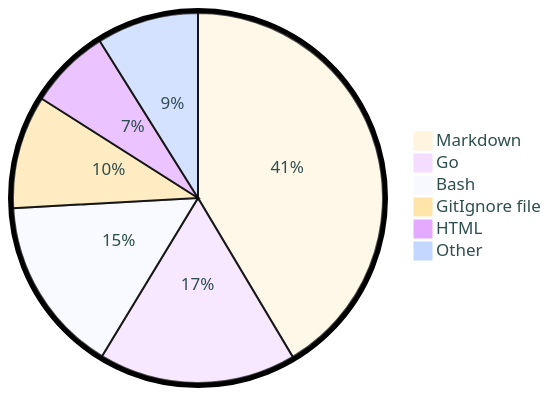
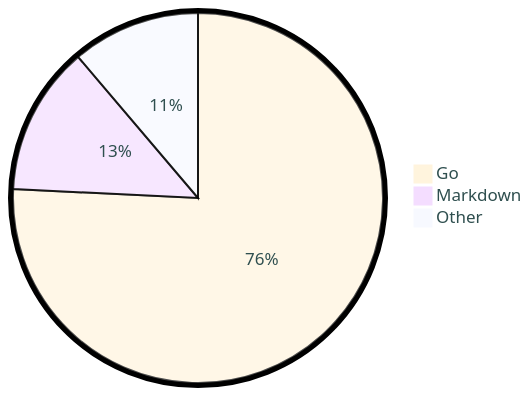
The diagram in README.md (tot0p/tot0p), drawn with Mermaid before and after one commit. The commit also changed other lines of this file, not shown here.

````diff
--- a/README.md
+++ b/README.md
@@ -75,10 +75,7 @@
 ```mermaid
 %%{init: {"pie": {"textPosition": 0.5}, "themeVariables": {"pieOuterStrokeWidth": "5px","primaryTextColor" : "#2F4F4F"},"theme":"base"} }%%
 pie
-	"Markdown": 41.44
-	"Go": 17.24
-	"Bash": 15.44
-	"GitIgnore file": 9.89
-	"HTML": 7.09
-	"Other": 8.899999999999999
+	"Go": 75.77
+	"Markdown": 13.02
+	"Other": 11.209999999999999
 ```
````
